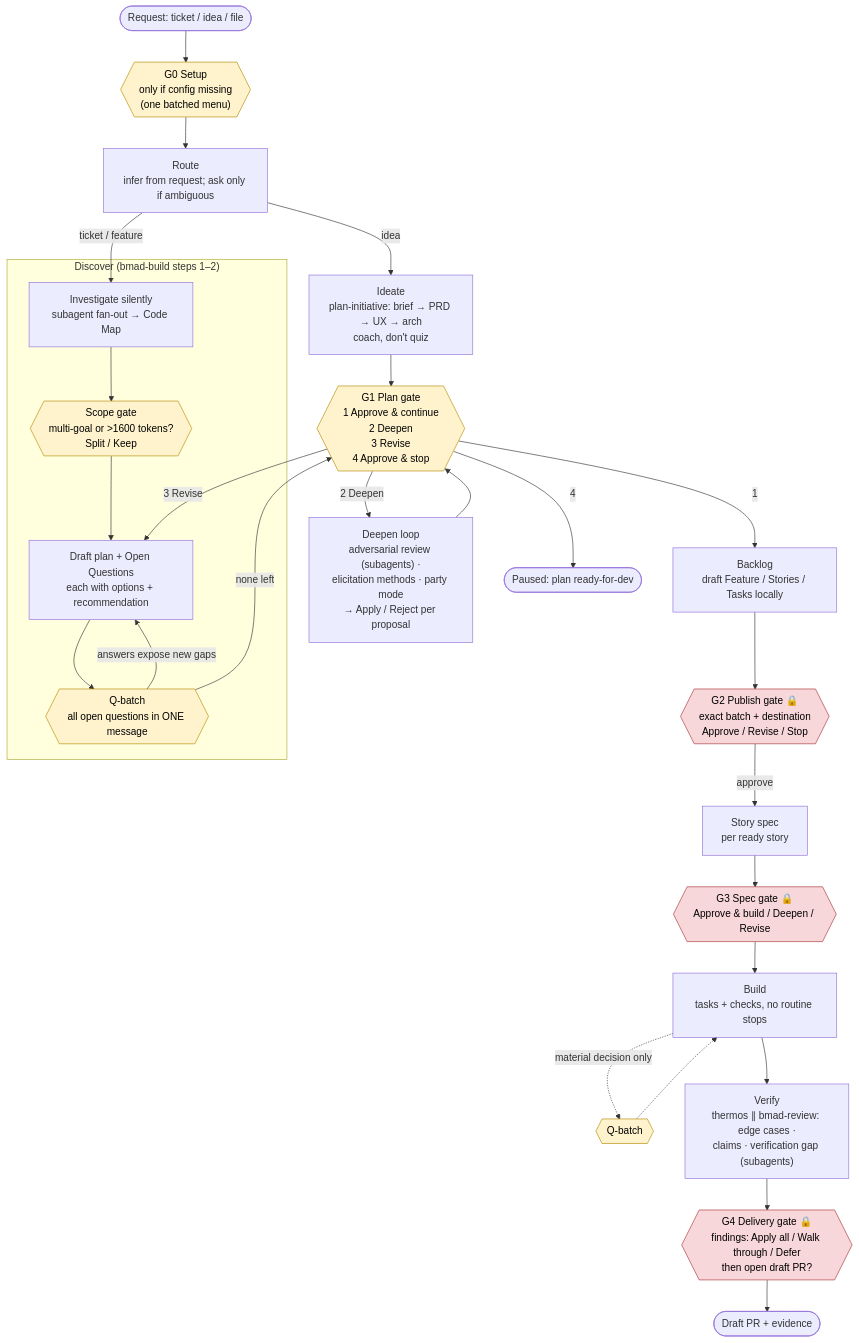
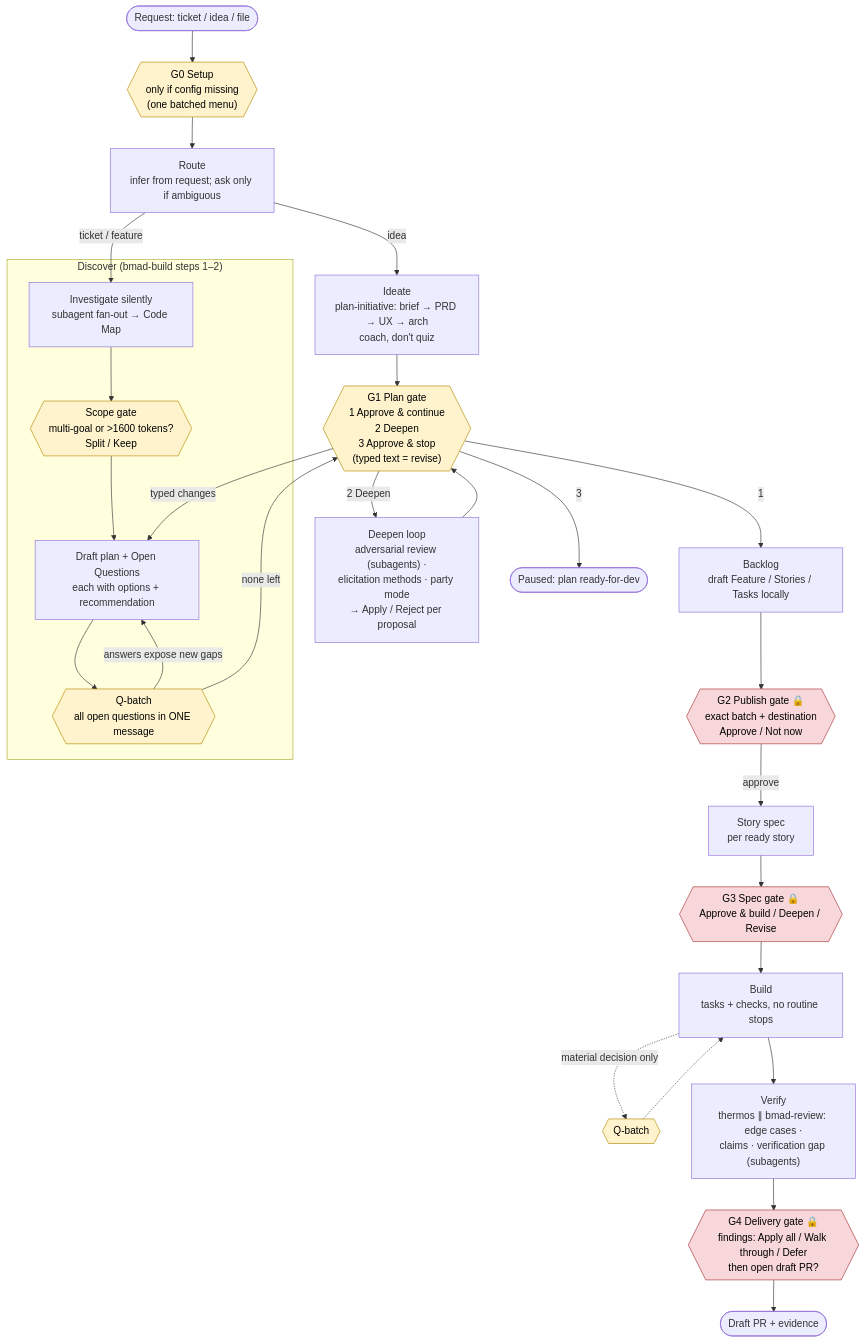
Before and after one commit to Monolith-INC/monolithic-dev-harness: the diagram in docs/02-design/specs/harness-main-flow.md, drawn with Mermaid. The commit also changed other lines of this file and 19 other files, not shown here.

````diff
--- a/docs/02-design/specs/harness-main-flow.md
+++ b/docs/02-design/specs/harness-main-flow.md
@@ -75,37 +74,37 @@
 ```mermaid
 flowchart TD
     REQ([Request: ticket / idea / file]) --> SETUP{{"G0 Setup<br/>only if config missing<br/>(one batched menu)"}}
     SETUP --> ROUTE["Route<br/>infer from request; ask only if ambiguous"]
     ROUTE -->|idea| IDEATE["Ideate<br/>plan-initiative: brief → PRD → UX → arch<br/>coach, don't quiz"]
     ROUTE -->|ticket / feature| INV
 
     subgraph DISCOVER["Discover (bmad-build steps 1–2)"]
       INV["Investigate silently<br/>subagent fan-out → Code Map"] --> SCOPE{{"Scope gate<br/>multi-goal or >1600 tokens?<br/>Split / Keep"}}
       SCOPE --> DRAFT["Draft plan + Open Questions<br/>each with options + recommendation"]
       DRAFT --> OQ{{"Q-batch<br/>all open questions in ONE message"}}
       OQ -->|answers expose new gaps| DRAFT
     end
 
     IDEATE --> G1
-    OQ -->|none left| G1{{"G1 Plan gate<br/>1 Approve & continue<br/>2 Deepen<br/>3 Revise<br/>4 Approve & stop"}}
+    OQ -->|none left| G1{{"G1 Plan gate<br/>1 Approve & continue<br/>2 Deepen<br/>3 Approve & stop<br/>(typed text = revise)"}}
     G1 -->|2 Deepen| DEEP["Deepen loop<br/>adversarial review (subagents) ·<br/>elicitation methods · party mode<br/>→ Apply / Reject per proposal"]
     DEEP --> G1
-    G1 -->|3 Revise| DRAFT
-    G1 -->|4| STOP1([Paused: plan ready-for-dev])
+    G1 -->|typed changes| DRAFT
+    G1 -->|3| STOP1([Paused: plan ready-for-dev])
     G1 -->|1| BACKLOG["Backlog<br/>draft Feature / Stories / Tasks locally"]
 
-    BACKLOG --> G2{{"G2 Publish gate 🔒<br/>exact batch + destination<br/>Approve / Revise / Stop"}}
+    BACKLOG --> G2{{"G2 Publish gate 🔒<br/>exact batch + destination<br/>Approve / Not now"}}
     G2 -->|approve| SPEC["Story spec<br/>per ready story"]
     SPEC --> G3{{"G3 Spec gate 🔒<br/>Approve & build / Deepen / Revise"}}
     G3 --> BUILD["Build<br/>tasks + checks, no routine stops"]
     BUILD -.->|material decision only| QB{{"Q-batch"}}
     QB -.-> BUILD
     BUILD --> VERIFY["Verify<br/>thermos ∥ bmad-review: edge cases ·<br/>claims · verification gap (subagents)"]
     VERIFY --> G4{{"G4 Delivery gate 🔒<br/>findings: Apply all / Walk through / Defer<br/>then open draft PR?"}}
     G4 --> DONE([Draft PR + evidence])
 
     classDef gate fill:#fff3cd,stroke:#b58900,color:#000
     classDef lock fill:#f8d7da,stroke:#a33,color:#000
     class SETUP,SCOPE,OQ,G1,QB gate
     class G2,G3,G4 lock
 ```
````
